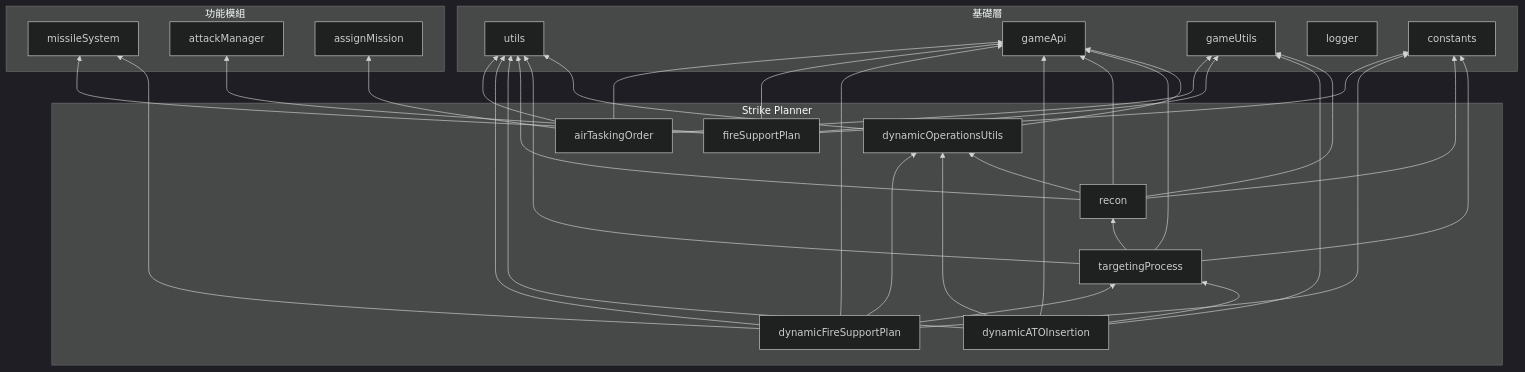
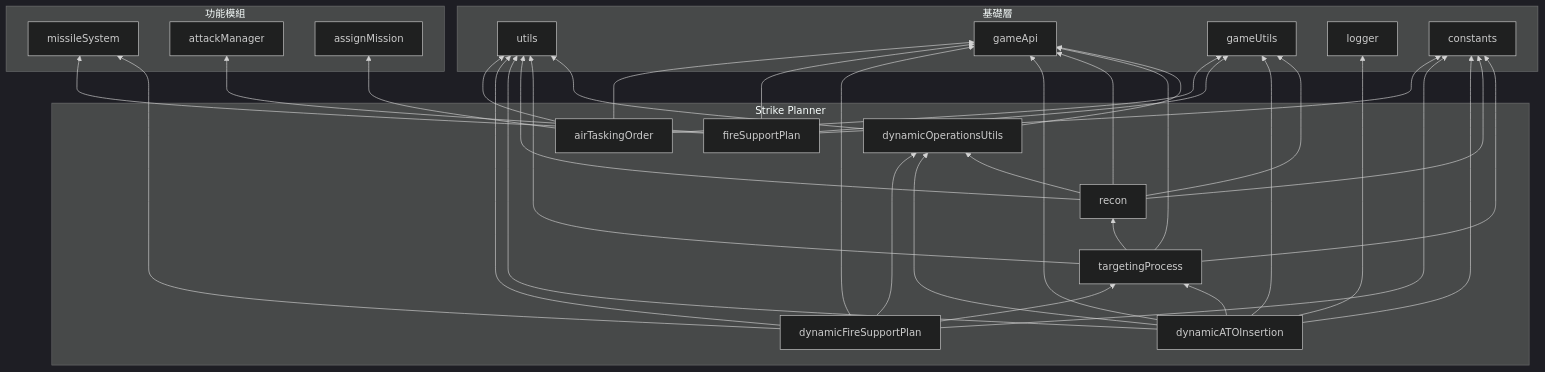
The third of 3 diagrams in docs/strikePlanner/README.md (pullupjumper/formosa-in-flames), drawn with Mermaid (dark theme) before and after one commit. The commit also changed other lines of this file and 10 other files, not shown here.

````diff
--- a/docs/strikePlanner/README.md
+++ b/docs/strikePlanner/README.md
@@ -182,34 +205,34 @@
 ```mermaid
 flowchart BT
     subgraph 基礎層
         UTILS["utils"]
         GAMEAPI["gameApi"]
         GAMEUTILS["gameUtils"]
         LOGGER["logger"]
         CONSTANTS["constants"]
     end
 
     subgraph 功能模組
         MISSILE["missileSystem"]
         ATTACK["attackManager"]
         ASSIGN["assignMission"]
     end
 
     subgraph Strike Planner
         TP["targetingProcess"]
         RECON["recon"]
         DOU["dynamicOperationsUtils"]
         ATO["airTaskingOrder"]
         FSP["fireSupportPlan"]
         DFSP["dynamicFireSupportPlan"]
         DATO["dynamicATOInsertion"]
     end
 
     ATO --> UTILS & GAMEAPI & GAMEUTILS & ASSIGN
     FSP --> GAMEAPI & GAMEUTILS & ATTACK & MISSILE & CONSTANTS
     DFSP --> TP & DOU & GAMEAPI & UTILS & MISSILE & CONSTANTS
-    DATO --> TP & DOU & GAMEAPI & GAMEUTILS & UTILS
+    DATO --> TP & DOU & GAMEAPI & GAMEUTILS & UTILS & LOGGER & CONSTANTS
     RECON --> DOU & GAMEAPI & GAMEUTILS & UTILS & CONSTANTS
     TP --> GAMEAPI & UTILS & RECON & CONSTANTS
     DOU --> UTILS & GAMEAPI
 ```
````
